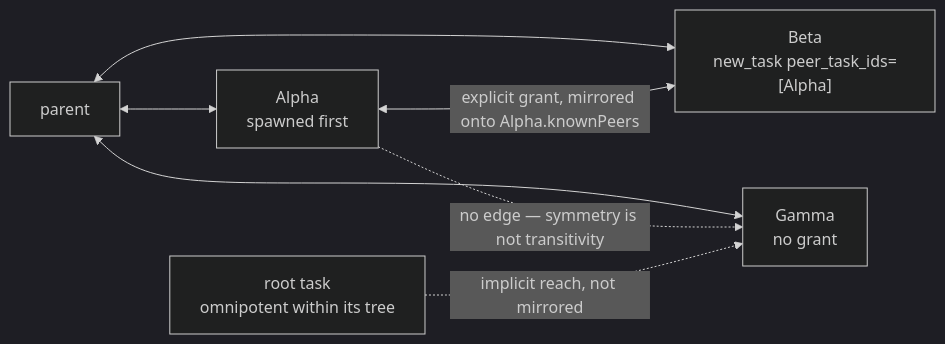
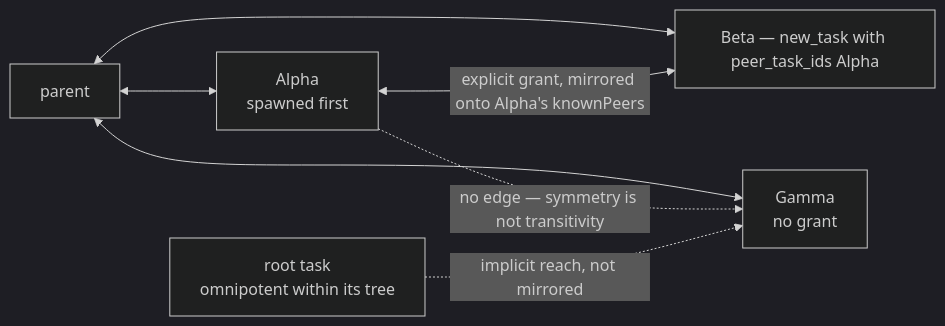
One commit to shofer-dev/shofer changed the fifth of 6 diagrams in docs/task_messaging.md. Above: the diagram before and after it, drawn with Mermaid (dark theme). The commit also changed other lines of this file and 3 other files, not shown here.

````diff
--- a/docs/task_messaging.md
+++ b/docs/task_messaging.md
@@ -421,15 +420,15 @@
 ```mermaid
 flowchart LR
     R["root task<br/>omnipotent within its tree"]
     P["parent"]
     A["Alpha<br/>spawned first"]
-    B["Beta<br/>new_task peer_task_ids=[Alpha]"]
+    B["Beta — new_task with peer_task_ids Alpha"]
     G["Gamma<br/>no grant"]
 
     P <--> A
     P <--> B
     P <--> G
-    A <-->|"explicit grant, mirrored onto Alpha.knownPeers"| B
+    A <-->|"explicit grant, mirrored onto Alpha's knownPeers"| B
     A -.->|"no edge — symmetry is not transitivity"| G
     R -.->|"implicit reach, not mirrored"| G
 ```
````
